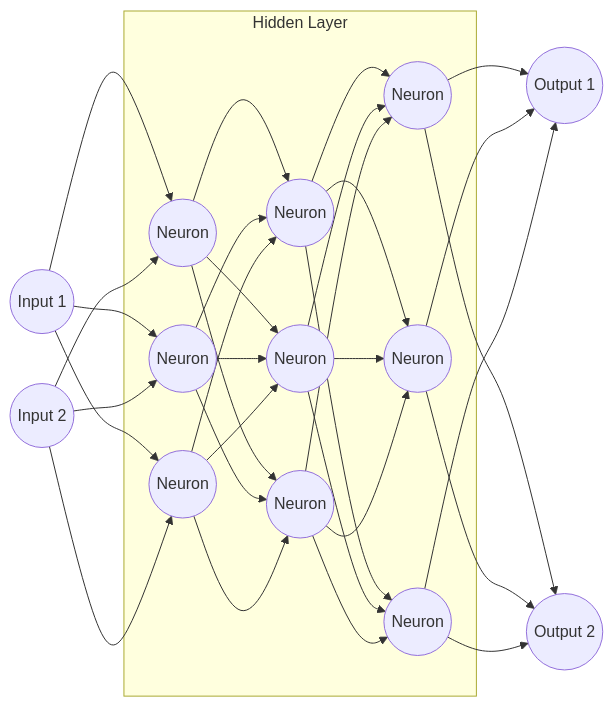
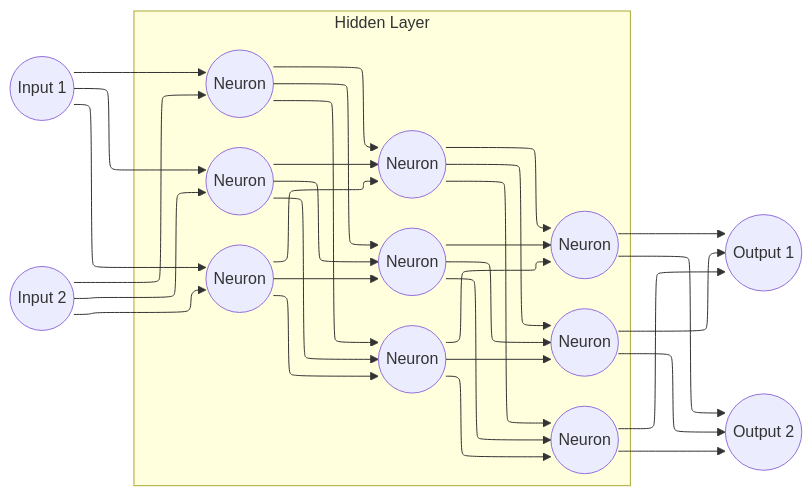
One commit to DevMaster2744/CONNECT-NN changed the first of 2 diagrams in README.md. Above: the diagram before and after it, drawn with Mermaid.

Commit message:
Update README.md - Changed the ANN graph render to elk

````diff
--- a/README.md
+++ b/README.md
@@ -12,32 +12,33 @@
 ```mermaid
+%%{init: {"flowchart": {"defaultRenderer": "elk"}} }%%
 	graph LR
 	
     A((Input 1)) --> C((Neuron))
     B((Input 2)) --> C((Neuron))
     
     A((Input 1)) --> D((Neuron))
     B((Input 2)) --> D((Neuron))
     
     A((Input 1)) --> E((Neuron))
     B((Input 2)) --> E((Neuron))
 	
 	subgraph Hidden Layer
 	C((Neuron))
 	D((Neuron))
 	E((Neuron))
 	
 	F((Neuron))
 	G((Neuron))
 	H((Neuron))
 	
 	I((Neuron))
 	J((Neuron))
 	K((Neuron))
 
 	C & D & E --> F & G & H --> I & J & K
 	end
 
 	O1((Output 1))
 	O2((Output 2))
 	I & J & K --> O1 & O2
 ```
````
